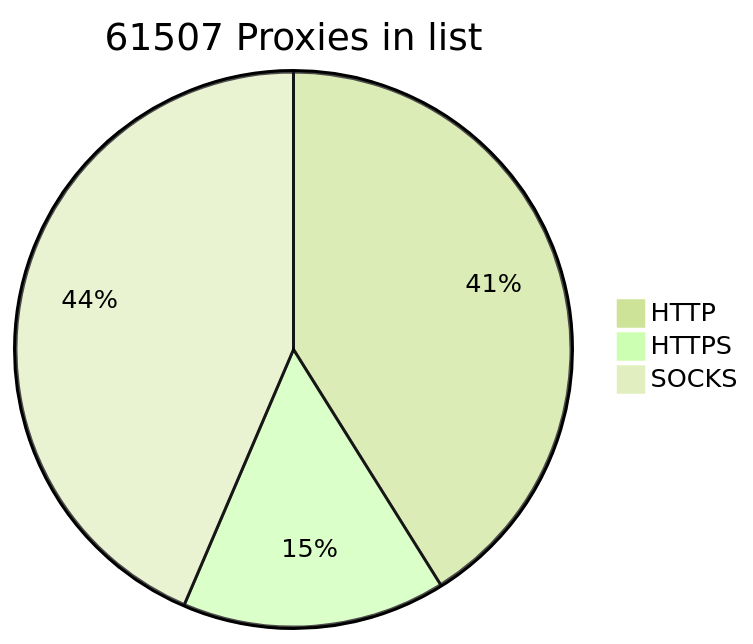
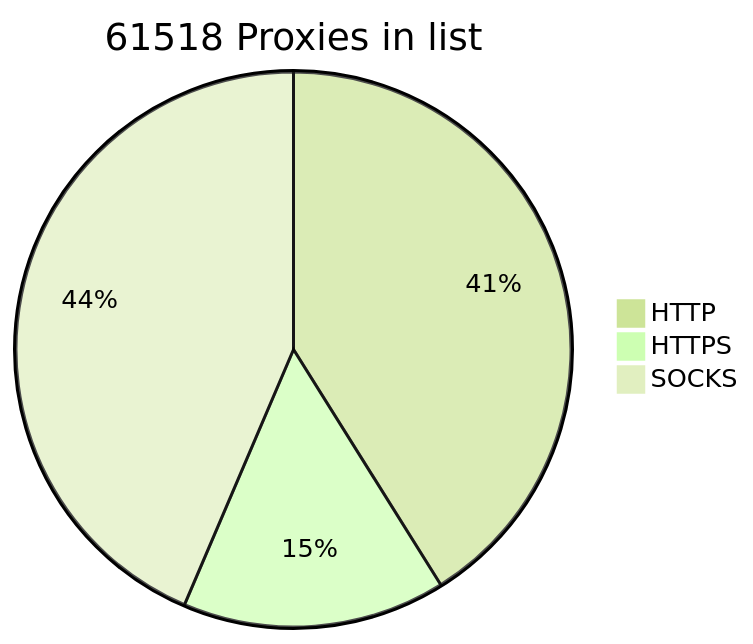
The diagram in README.md (BlackSnowDot/proxylist-update-every-minute), drawn with Mermaid (forest theme) before and after one commit.

````diff
--- a/README.md
+++ b/README.md
@@ -2,6 +2,6 @@
 ```mermaid
-pie title 61507 Proxies in list
+pie title 61518 Proxies in list
     "HTTP" : 28744
     "HTTPS": 10719
-    "SOCKS" : 30464
+    "SOCKS" : 30475
 ```
````
